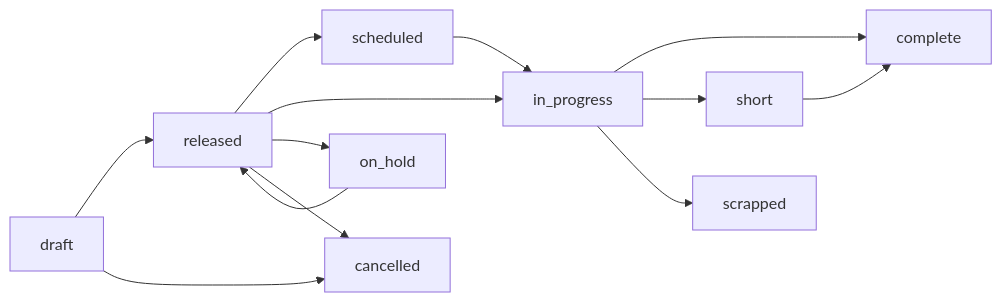
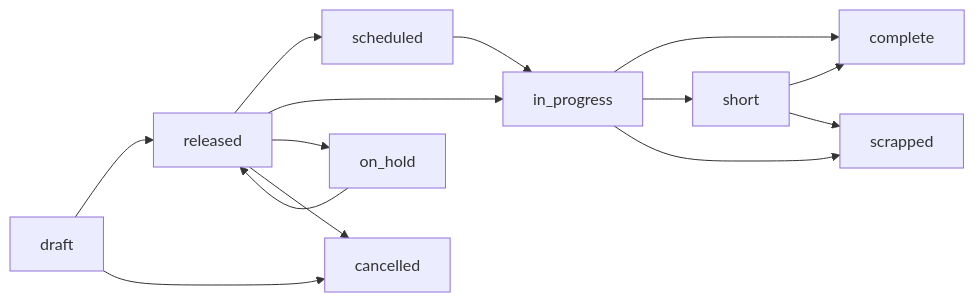
One commit to BLB3DPrinting/filaops changed the diagram in docs/user-guide/production.md. Above: the diagram before and after it, drawn with Mermaid. The commit also changed 3 other files, not shown here.

````diff
--- a/docs/user-guide/production.md
+++ b/docs/user-guide/production.md
@@ -260,15 +260,16 @@
 ```mermaid
 graph LR
     A[draft] --> B[released]
     B --> C[scheduled]
     C --> D[in_progress]
     B --> D
     D --> E[complete]
     D --> F[short]
     F --> E
     D --> G[scrapped]
+    F --> G
     B --> H[on_hold]
     H --> B
     A --> I[cancelled]
     B --> I
 ```
````
